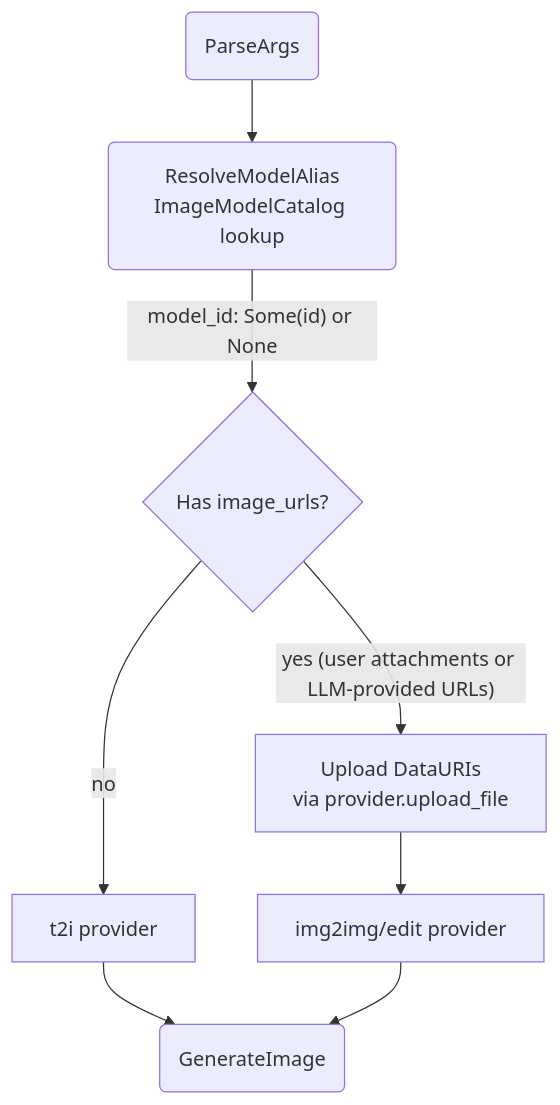
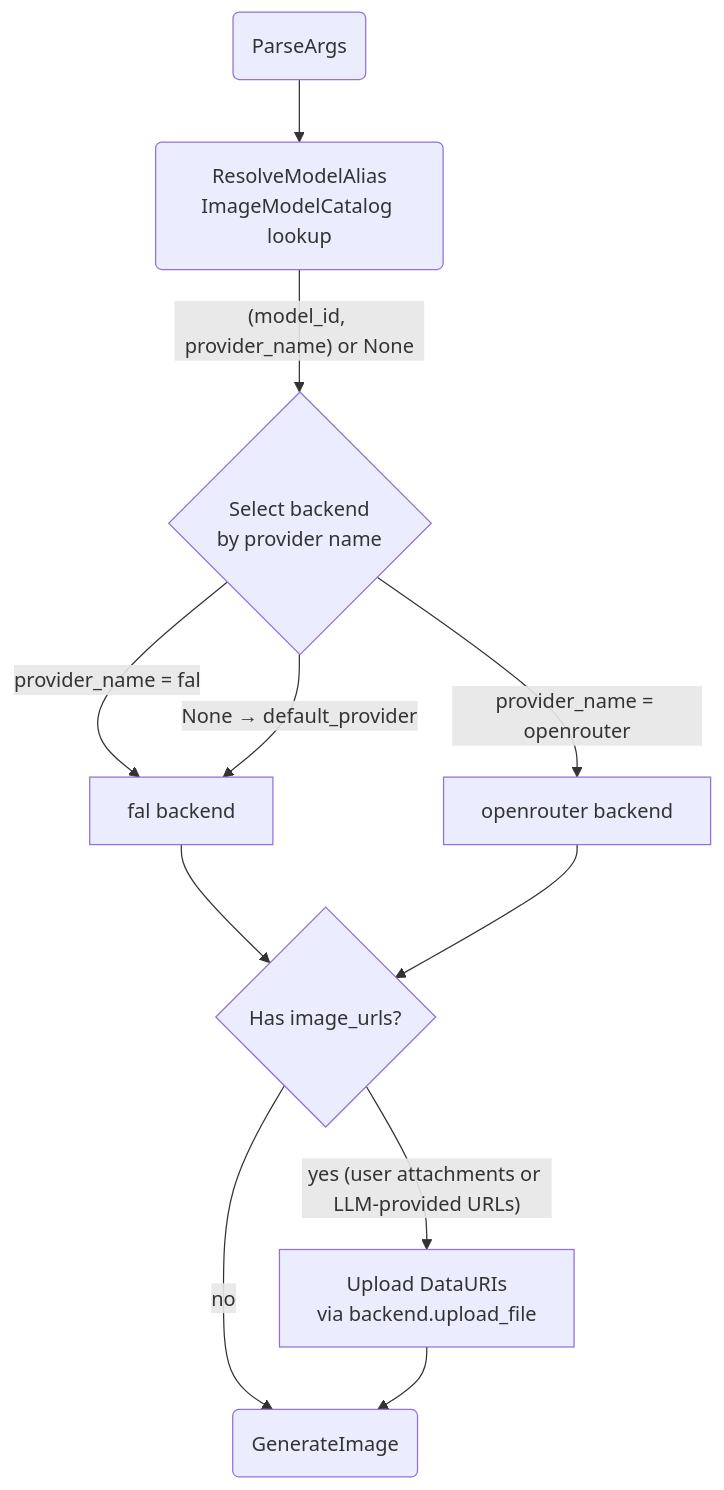
The diagram in _dfd/tools/image-gen/level-2/model-provider-selection.md (cosmoswafer/rockbot), drawn with Mermaid before and after one commit. The commit also changed other lines of this file and 10 other files, not shown here.

````diff
--- a/_dfd/tools/image-gen/level-2/model-provider-selection.md
+++ b/_dfd/tools/image-gen/level-2/model-provider-selection.md
@@ -9,18 +9,22 @@
 ```mermaid
 flowchart TD
     PARSE(ParseArgs)
     RESOLVE(ResolveModelAlias<br/>ImageModelCatalog lookup)
+    ROUTE{Select backend<br/>by provider name}
     CHECK{Has image_urls?}
-    UPLOAD_URI[Upload DataURIs<br/>via provider.upload_file]
-    T2I[t2i provider]
-    IMG2IMG[img2img/edit provider]
+    UPLOAD_URI[Upload DataURIs<br/>via backend.upload_file]
+    BF[fal backend]
+    BOR[openrouter backend]
     GEN(GenerateImage)
 
     PARSE --> RESOLVE
-    RESOLVE -->|"model_id: Some(id) or None"| CHECK
+    RESOLVE -->|"(model_id, provider_name) or None"| ROUTE
+    ROUTE -->|"provider_name = fal"| BF
+    ROUTE -->|"provider_name = openrouter"| BOR
+    ROUTE -->|"None → default_provider"| BF
+    BF --> CHECK
+    BOR --> CHECK
     CHECK -->|"yes (user attachments or LLM-provided URLs)"| UPLOAD_URI
-    CHECK -->|"no"| T2I
-    UPLOAD_URI --> IMG2IMG
-    T2I --> GEN
-    IMG2IMG --> GEN
+    CHECK -->|"no"| GEN
+    UPLOAD_URI --> GEN
 ```
````
